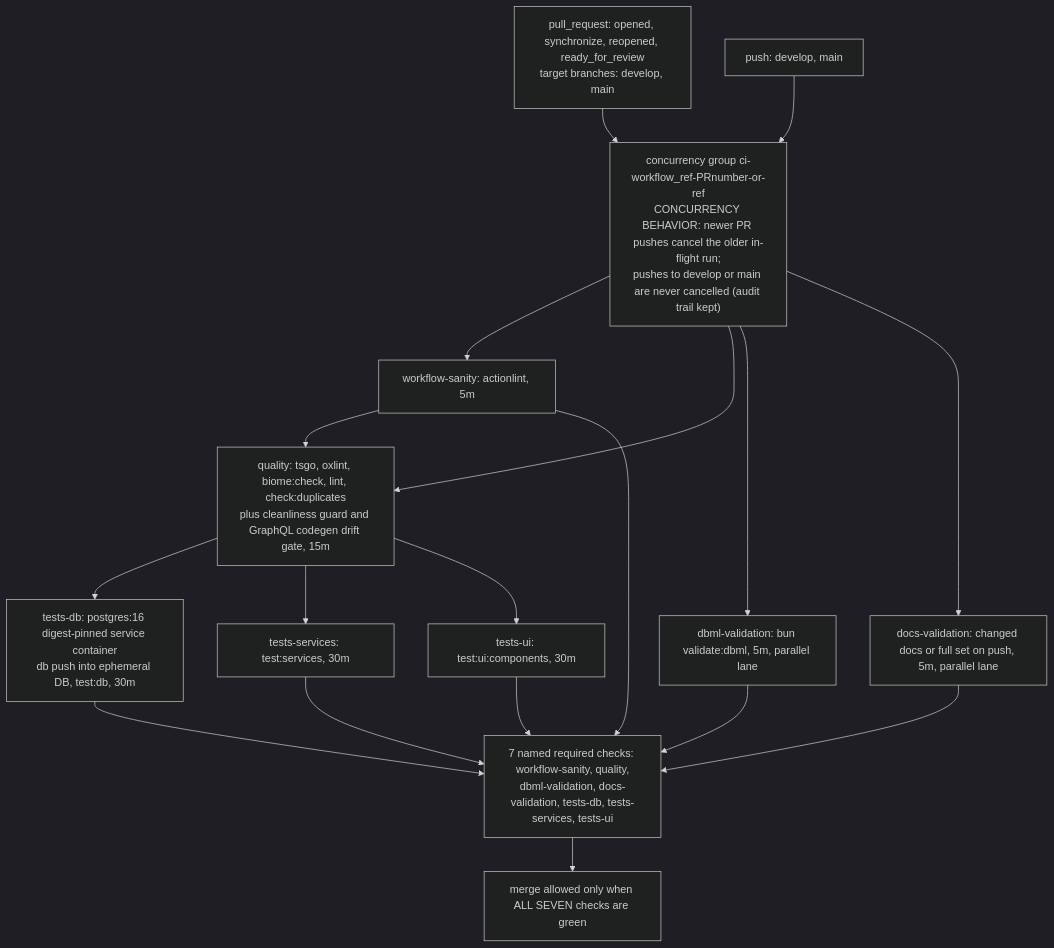
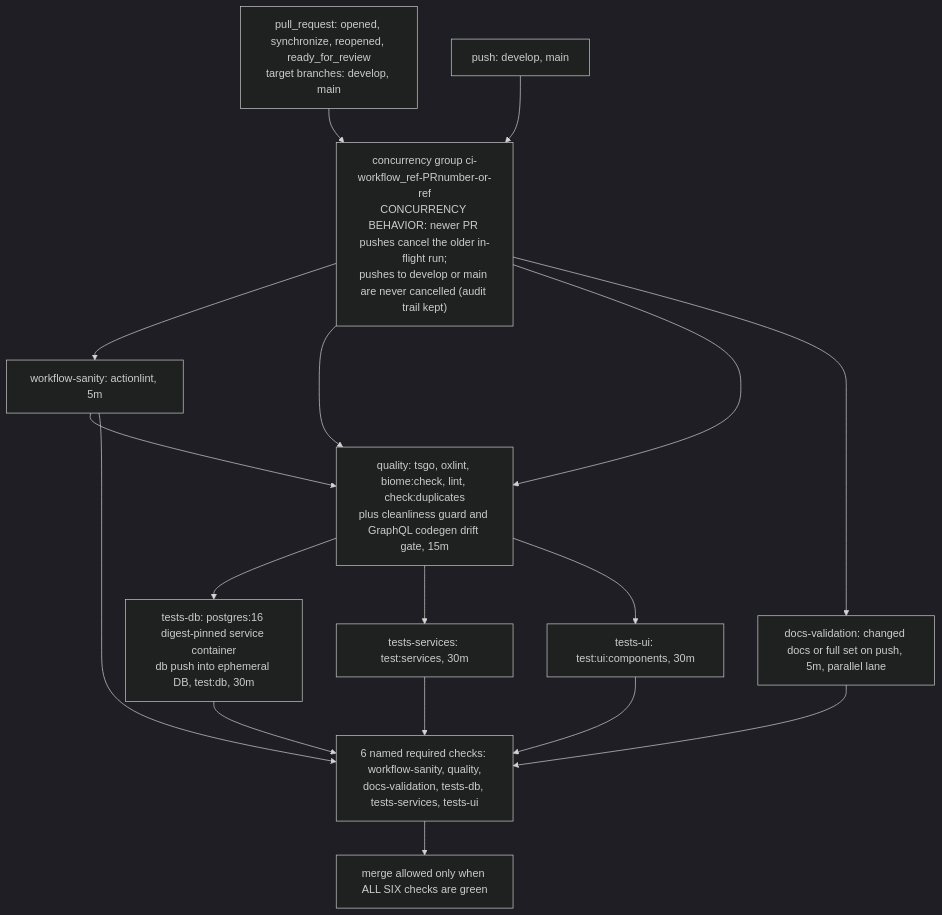
Before and after one commit to ahmedhosnypro/kottaby: the diagram in docs/quality/ci-pipeline.md, drawn with Mermaid (dark theme). The commit also changed other lines of this file and 301 other files, not shown here.

First line of the commit message:
chore: switch schema source of truth from DBML to Drizzle and clean up docs (#21)

````diff
--- a/docs/quality/ci-pipeline.md
+++ b/docs/quality/ci-pipeline.md
@@ -39,25 +38,23 @@
 ```mermaid
 flowchart TD
     PR["pull_request: opened, synchronize, reopened, ready_for_review<br/>target branches: develop, main"] --> CONC
     PUSH["push: develop, main"] --> CONC
     CONC["concurrency group ci-workflow_ref-PRnumber-or-ref<br/>CONCURRENCY BEHAVIOR: newer PR pushes cancel the older in-flight run;<br/>pushes to develop or main are never cancelled (audit trail kept)"] --> WS
     CONC --> Q
-    CONC --> DBML
+    CONC --> Q
     CONC --> DOCS
     WS["workflow-sanity: actionlint, 5m"] --> Q
     Q["quality: tsgo, oxlint, biome:check, lint, check:duplicates<br/>plus cleanliness guard and GraphQL codegen drift gate, 15m"] --> TDB
     Q --> TSVC
     Q --> TUI
-    DBML["dbml-validation: bun validate:dbml, 5m, parallel lane"]
     DOCS["docs-validation: changed docs or full set on push, 5m, parallel lane"]
     TDB["tests-db: postgres:16 digest-pinned service container<br/>db push into ephemeral DB, test:db, 30m"]
     TSVC["tests-services: test:services, 30m"]
     TUI["tests-ui: test:ui:components, 30m"]
-    WS --> CHKS["7 named required checks: workflow-sanity, quality,<br/>dbml-validation, docs-validation, tests-db, tests-services, tests-ui"]
-    DBML --> CHKS
+    WS --> CHKS["6 named required checks: workflow-sanity, quality,<br/>docs-validation, tests-db, tests-services, tests-ui"]
     DOCS --> CHKS
     TDB --> CHKS
     TSVC --> CHKS
     TUI --> CHKS
-    CHKS --> MERGE["merge allowed only when ALL SEVEN checks are green"]
+    CHKS --> MERGE["merge allowed only when ALL SIX checks are green"]
 ```
````
